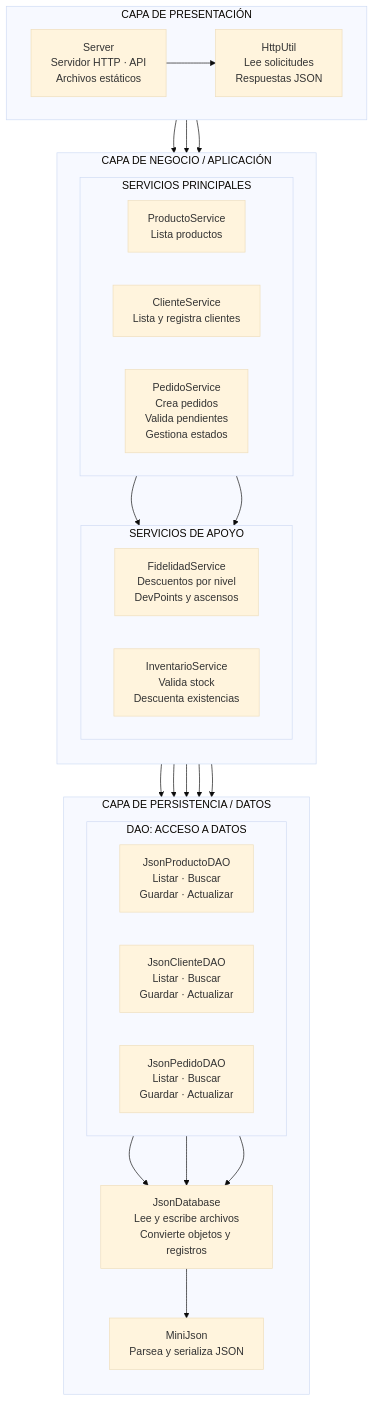
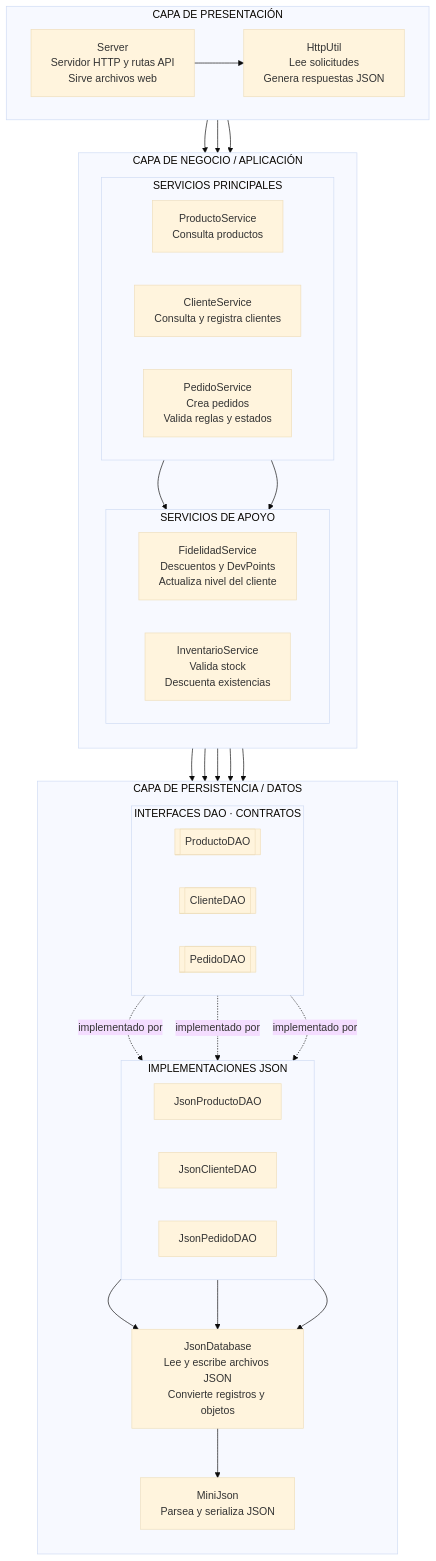
One commit to alejoms13/Taller-Modelo-N-Tier changed the diagram in docs/diagramas-c4/c3-componentes.mmd. Above: the diagram before and after it, drawn with Mermaid (base theme).

```diff
--- a/docs/diagramas-c4/c3-componentes.mmd
+++ b/docs/diagramas-c4/c3-componentes.mmd
@@ -1,58 +1,70 @@
 
 flowchart TB
 
     subgraph P["CAPA DE PRESENTACIÓN"]
         direction LR
-        Server["Server<br/>Servidor HTTP · API<br/>Archivos estáticos"]
-        HU["HttpUtil<br/>Lee solicitudes<br/>Respuestas JSON"]
+        Server["Server<br/>Servidor HTTP y rutas API<br/>Sirve archivos web"]
+        HU["HttpUtil<br/>Lee solicitudes<br/>Genera respuestas JSON"]
         Server --> HU
     end
 
     subgraph N["CAPA DE NEGOCIO / APLICACIÓN"]
         direction TB
 
-        subgraph N1["SERVICIOS PRINCIPALES"]
+        subgraph NS["SERVICIOS PRINCIPALES"]
             direction LR
-            PS["ProductoService<br/>Lista productos"]
-            CS["ClienteService<br/>Lista y registra clientes"]
-            OS["PedidoService<br/>Crea pedidos<br/>Valida pendientes<br/>Gestiona estados"]
+            PS["ProductoService<br/>Consulta productos"]
+            CS["ClienteService<br/>Consulta y registra clientes"]
+            OS["PedidoService<br/>Crea pedidos<br/>Valida reglas y estados"]
         end
 
-        subgraph N2["SERVICIOS DE APOYO"]
+        subgraph NA["SERVICIOS DE APOYO"]
             direction LR
-            FS["FidelidadService<br/>Descuentos por nivel<br/>DevPoints y ascensos"]
+            FS["FidelidadService<br/>Descuentos y DevPoints<br/>Actualiza nivel del cliente"]
             IS["InventarioService<br/>Valida stock<br/>Descuenta existencias"]
         end
 
         OS --> FS
         OS --> IS
     end
 
     subgraph D["CAPA DE PERSISTENCIA / DATOS"]
         direction TB
 
-        subgraph D1["DAO: ACCESO A DATOS"]
+        subgraph I["INTERFACES DAO · CONTRATOS"]
             direction LR
-            PDA["JsonProductoDAO<br/>Listar · Buscar<br/>Guardar · Actualizar"]
-            CDA["JsonClienteDAO<br/>Listar · Buscar<br/>Guardar · Actualizar"]
-            ODA["JsonPedidoDAO<br/>Listar · Buscar<br/>Guardar · Actualizar"]
+            PI[["ProductoDAO"]]
+            CI[["ClienteDAO"]]
+            OI[["PedidoDAO"]]
         end
 
-        DB["JsonDatabase<br/>Lee y escribe archivos<br/>Convierte objetos y registros"]
+        subgraph J["IMPLEMENTACIONES JSON"]
+            direction LR
+            JP["JsonProductoDAO"]
+            JC["JsonClienteDAO"]
+            JO["JsonPedidoDAO"]
+        end
+
+        DB["JsonDatabase<br/>Lee y escribe archivos JSON<br/>Convierte registros y objetos"]
         MJ["MiniJson<br/>Parsea y serializa JSON"]
 
-        PDA --> DB
-        CDA --> DB
-        ODA --> DB
+        PI -. "implementado por" .-> JP
+        CI -. "implementado por" .-> JC
+        OI -. "implementado por" .-> JO
+
+        JP --> DB
+        JC --> DB
+        JO --> DB
         DB --> MJ
     end
 
     Server --> PS
     Server --> CS
     Server --> OS
 
-    PS --> PDA
-    CS --> CDA
-    OS --> PDA
-    OS --> CDA
-    OS --> ODA
+    PS --> PI
+    CS --> CI
+
+    OS --> PI
+    OS --> CI
+    OS --> OI
```
